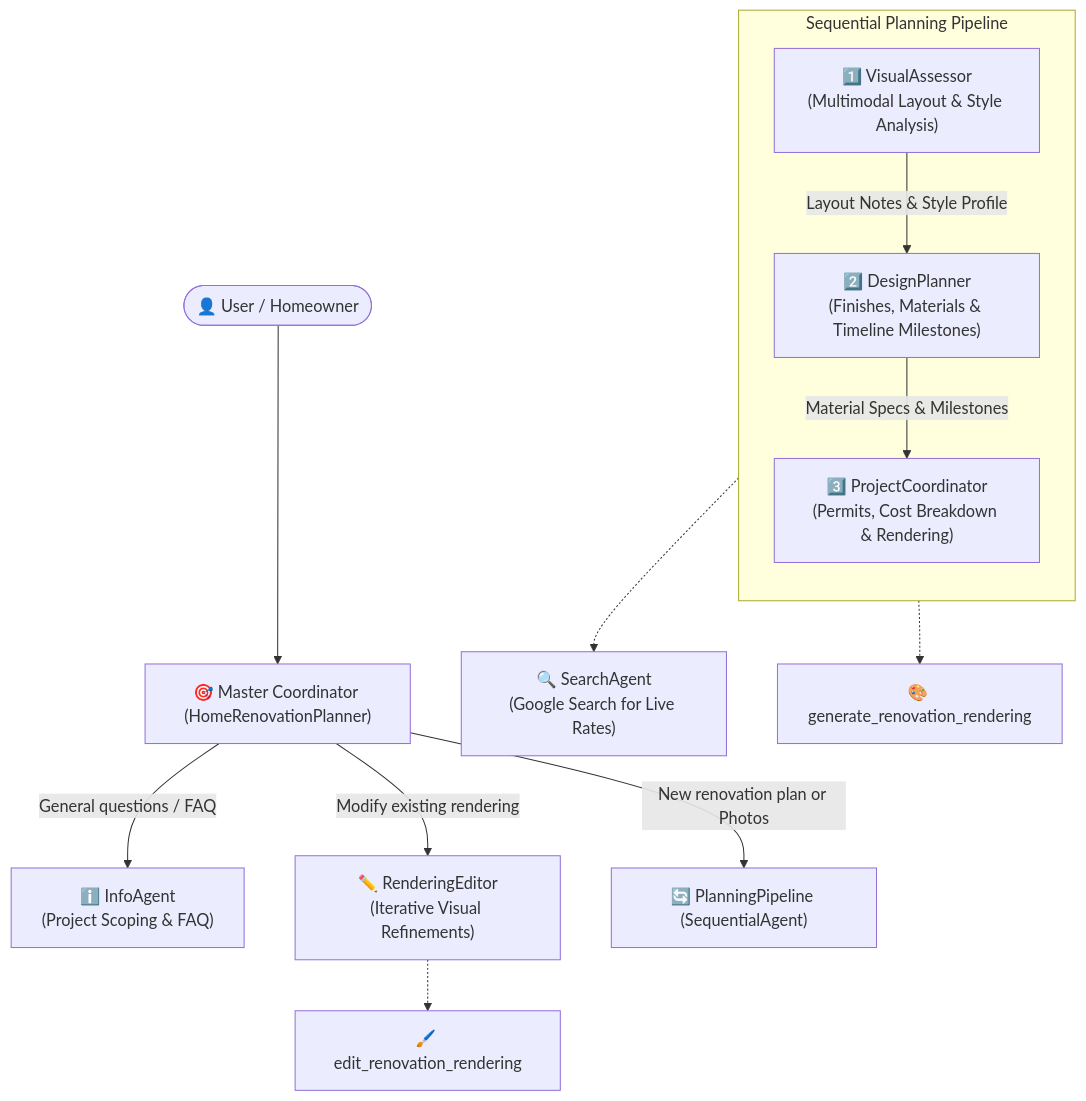
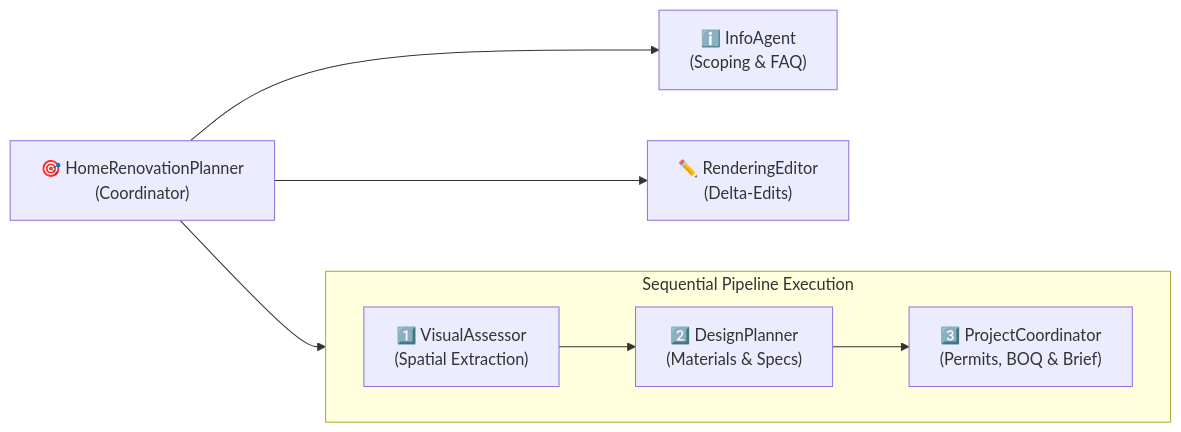
Before and after one commit to Vaibhav-dev74/Home_Renovation: the second of 4 diagrams in README.md, drawn with Mermaid. The commit also changed other lines of this file and 16 other files, not shown here.

First line of the commit message:
feat: upgrade to enterprise AI Home Renovation Intelligence Platform (V2.5)

````diff
--- a/README.md
+++ b/README.md
@@ -51,22 +134,12 @@
 ```mermaid
-flowchart TD
-    User([👤 User / Homeowner]) --> Coordinator["🎯 Master Coordinator (HomeRenovationPlanner)"]
+flowchart LR
+    Root["🎯 HomeRenovationPlanner\n(Coordinator)"] --> Info["ℹ️ InfoAgent\n(Scoping & FAQ)"]
+    Root --> Editor["✏️ RenderingEditor\n(Delta-Edits)"]
+    Root --> Seq["🔄 PlanningPipeline\n(Sequential)"]
     
-    Coordinator -->|"General questions / FAQ"| InfoAgent["ℹ️ InfoAgent\n(Project Scoping & FAQ)"]
-    Coordinator -->|"Modify existing rendering"| RenderingEditor["✏️ RenderingEditor\n(Iterative Visual Refinements)"]
-    Coordinator -->|"New renovation plan or Photos"| Pipeline["🔄 PlanningPipeline (SequentialAgent)"]
-
-    subgraph PlanningPipeline ["Sequential Planning Pipeline"]
-        direction TB
-        Step1["1️⃣ VisualAssessor\n(Multimodal Layout & Style Analysis)"]
-        Step2["2️⃣ DesignPlanner\n(Finishes, Materials & Timeline Milestones)"]
-        Step3["3️⃣ ProjectCoordinator\n(Permits, Cost Breakdown & Rendering)"]
-        
-        Step1 -->|"Layout Notes & Style Profile"| Step2
-        Step2 -->|"Material Specs & Milestones"| Step3
+    subgraph Seq ["Sequential Pipeline Execution"]
+        direction LR
+        S1["1️⃣ VisualAssessor\n(Spatial Extraction)"] --> S2["2️⃣ DesignPlanner\n(Materials & Specs)"]
+        S2 --> S3["3️⃣ ProjectCoordinator\n(Permits, BOQ & Brief)"]
     end
-
-    Step1 -.-> SearchAgent["🔍 SearchAgent\n(Google Search for Live Rates)"]
-    Step3 -.-> RenderTool["🎨 generate_renovation_rendering"]
-    RenderingEditor -.-> EditTool["🖌️ edit_renovation_rendering"]
 ```
````
